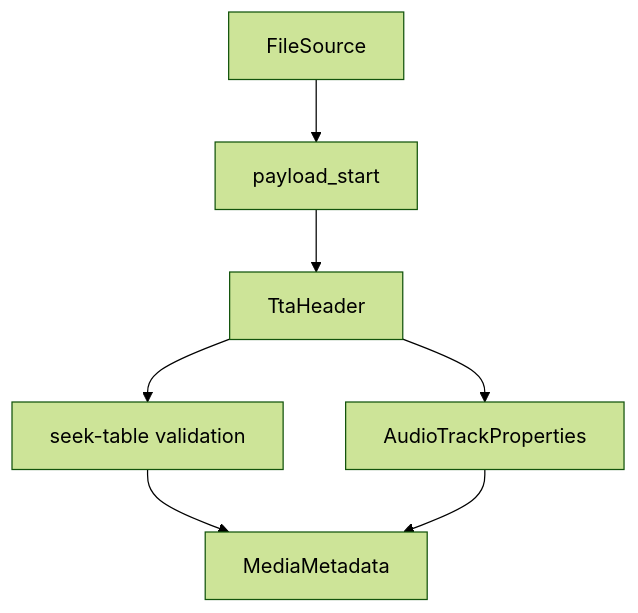
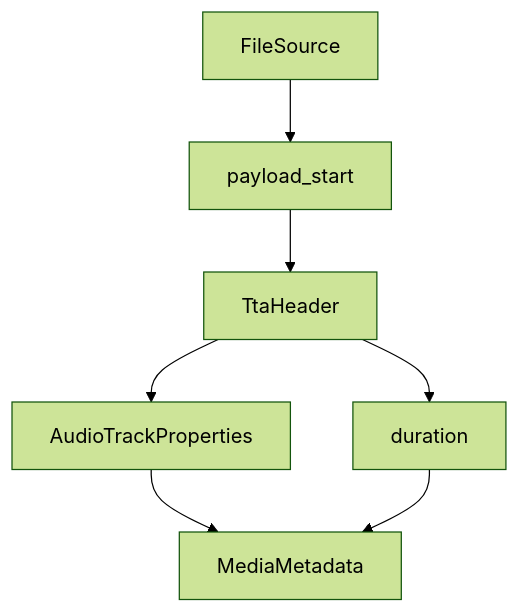
One commit to caoccao/BatchMkvMerge changed the diagram in docs/parsers/audio/tta.md. Above: the diagram before and after it, drawn with Mermaid (forest theme). The commit also changed other lines of this file and 24 other files, not shown here.

````diff
--- a/docs/parsers/audio/tta.md
+++ b/docs/parsers/audio/tta.md
@@ -19,9 +19,9 @@
 ```mermaid
 flowchart TD
   A["FileSource"] --> B["payload_start"]
   B --> C["TtaHeader"]
-  C --> D["seek-table validation"]
   C --> E["AudioTrackProperties"]
-  D --> F["MediaMetadata"]
-  E --> F
+  C --> D["duration"]
+  E --> F["MediaMetadata"]
+  D --> F
 ```
````
